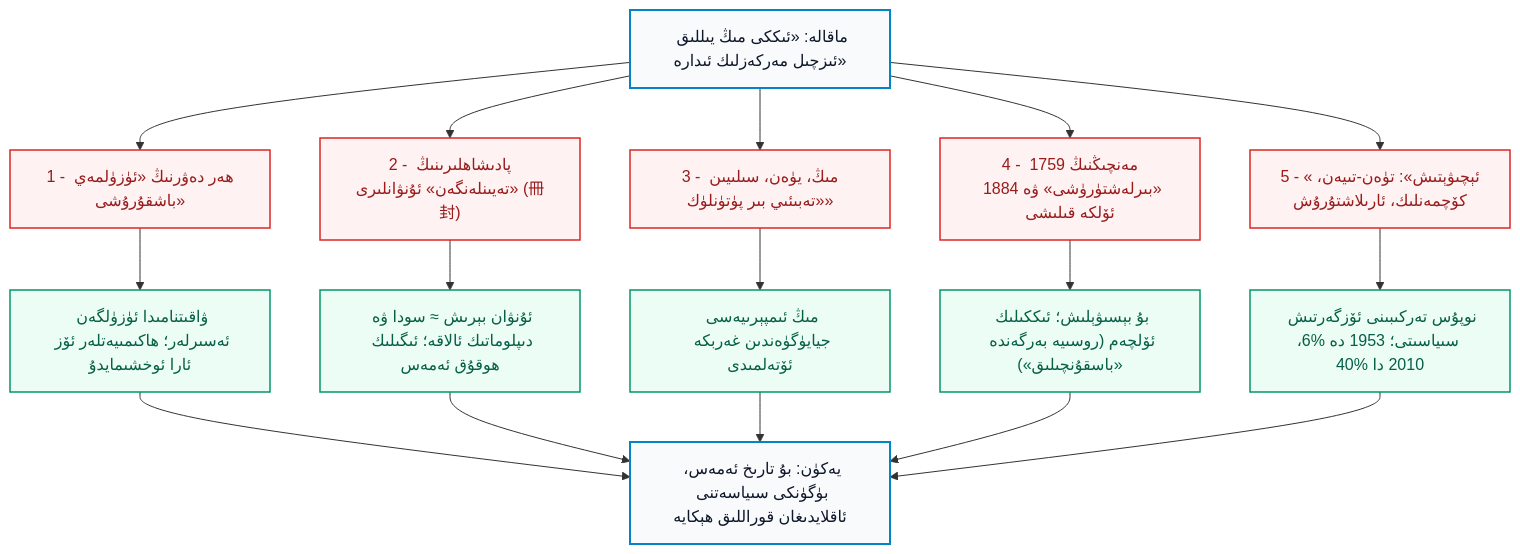
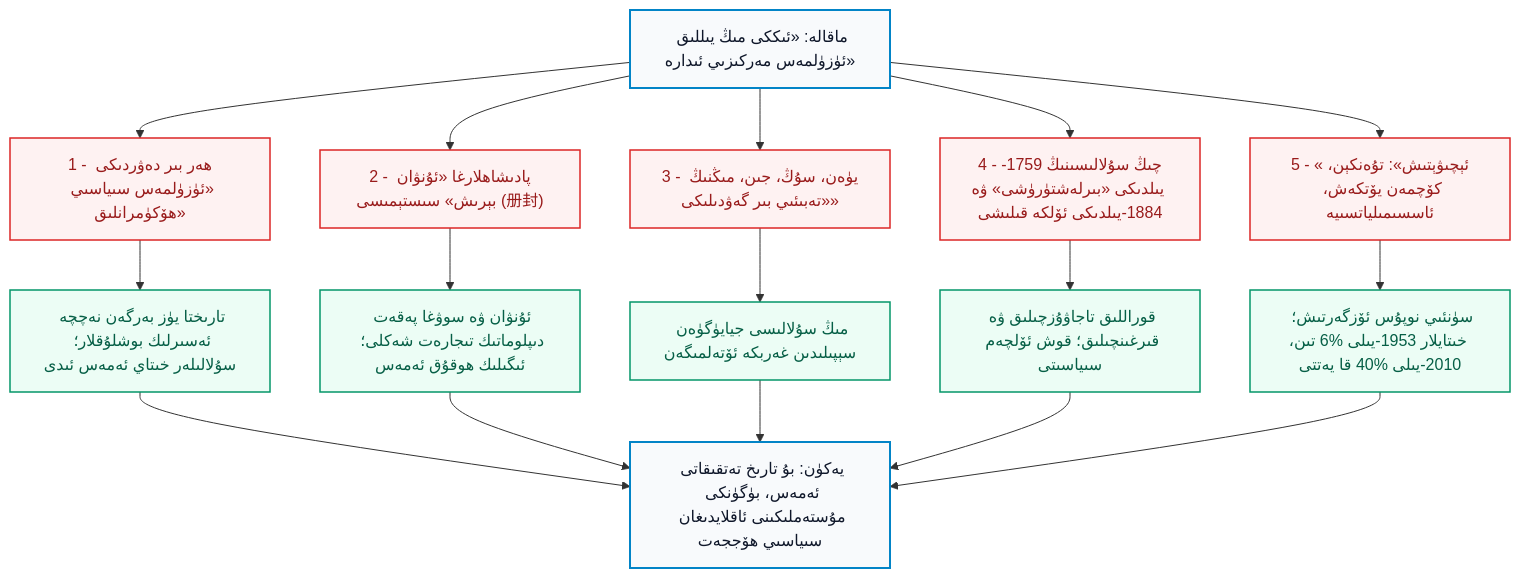
One commit to UyCoder/paydilar changed the first of 4 diagrams in _posts/2026-10-25-Xu-Jianying-Tarixiy-Tuzumi-Reddiye-Sherqiy-Turkistan.md. Above: the diagram before and after it, drawn with Mermaid. The commit also changed other lines of this file and 1 other file, not shown here.

````diff
--- a/_posts/2026-10-25-Xu-Jianying-Tarixiy-Tuzumi-Reddiye-Sherqiy-Turkistan.md
+++ b/_posts/2026-10-25-Xu-Jianying-Tarixiy-Tuzumi-Reddiye-Sherqiy-Turkistan.md
@@ -30,23 +32,23 @@
 ```mermaid
 flowchart TD
     classDef claim fill:#fef2f2,stroke:#dc2626,stroke-width:1.5px,color:#991b1b;
     classDef reply fill:#ecfdf5,stroke:#059669,stroke-width:1.5px,color:#065f46;
     classDef root fill:#f8fafc,stroke:#0284c7,stroke-width:2px,color:#0f172a;
 
-    R["ماقالە: «ئىككى مىڭ يىللىق ئىزچىل مەركەزلىك ئىدارە»"]:::root
-    R --> C1["1 - ھەر دەۋرنىڭ «ئۈزۈلمەي باشقۇرۇشى»"]:::claim
-    R --> C2["2 - پادىشاھلىرىنىڭ «تەيىنلەنگەن» ئۇنۋانلىرى (冊封)"]:::claim
-    R --> C3["3 - مىڭ، يۈەن، سىلىيىن «تەبىئىي بىر پۈتۈنلۈك»"]:::claim
-    R --> C4["4 - مەنچىڭنىڭ 1759 «بىرلەشتۈرۈشى» ۋە 1884 ئۆلكە قىلىشى"]:::claim
-    R --> C5["5 - «ئېچىۋېتىش»: تۈەن-تىيەن، كۆچمەنلىك، ئارىلاشتۇرۇش"]:::claim
-    C1 --> A1["ۋاقىتنامىدا ئۈزۈلگەن ئەسىرلەر؛ ھاكىمىيەتلەر ئۆز ئارا ئوخشىمايدۇ"]:::reply
-    C2 --> A2["ئۇنۋان بېرىش ≈ سودا ۋە دىپلوماتىك ئالاقە؛ ئىگىلىك ھوقۇق ئەمەس"]:::reply
-    C3 --> A3["مىڭ ئىمپېرىيەسى جيايۈگۈەندىن غەربكە ئۆتەلمىدى"]:::reply
-    C4 --> A4["بۇ بېسىۋېلىش؛ ئىككىلىك ئۆلچەم (روسىيە بەرگەندە «باسقۇنچىلىق»)"]:::reply
-    C5 --> A5["نوپۇس تەركىبىنى ئۆزگەرتىش سىياسىتى؛ 1953 دە %6، 2010 دا %40"]:::reply
-    A1 --> Z["يەكۈن: بۇ تارىخ ئەمەس، بۈگۈنكى سىياسەتنى ئاقلايدىغان قوراللىق ھېكايە"]:::root
+    R["ماقالە: «ئىككى مىڭ يىللىق ئۈزۈلمەس مەركىزىي ئىدارە»"]:::root
+    R --> C1["1 - ھەر بىر دەۋردىكى «ئۈزۈلمەس سىياسىي ھۆكۈمرانلىق»"]:::claim
+    R --> C2["2 - پادىشاھلارغا «ئۇنۋان بېرىش» سىستېمىسى (册封)"]:::claim
+    R --> C3["3 - يۈەن، سۇڭ، جىن، مىڭنىڭ «تەبىئىي بىر گەۋدىلىكى»"]:::claim
+    R --> C4["4 - چىڭ سۇلالىسىنىڭ 1759-يىلدىكى «بىرلەشتۈرۈشى» ۋە 1884-يىلدىكى ئۆلكە قىلىشى"]:::claim
+    R --> C5["5 - «ئېچىۋېتىش»: تۇەنكېن، كۆچمەن يۆتكەش، ئاسسىمىلياتسىيە"]:::claim
+    C1 --> A1["تارىختا يۈز بەرگەن نەچچە ئەسىرلىك بوشلۇقلار؛ سۇلالىلەر خىتاي ئەمەس ئىدى"]:::reply
+    C2 --> A2["ئۇنۋان ۋە سوۋغا پەقەت دىپلوماتىك تىجارەت شەكلى؛ ئىگىلىك ھوقۇق ئەمەس"]:::reply
+    C3 --> A3["مىڭ سۇلالىسى جيايۈگۈەن سېپىلىدىن غەربكە ئۆتەلمىگەن"]:::reply
+    C4 --> A4["قوراللىق تاجاۋۇزچىلىق ۋە قىرغىنچىلىق؛ قوش ئۆلچەم سىياسىتى"]:::reply
+    C5 --> A5["سۈنئىي نوپۇس ئۆزگەرتىش؛ خىتايلار 1953-يىلى %6 تىن، 2010-يىلى %40 قا يەتتى"]:::reply
+    A1 --> Z["يەكۈن: بۇ تارىخ تەتقىقاتى ئەمەس، بۈگۈنكى مۇستەملىكىنى ئاقلايدىغان سىياسىي ھۆججەت"]:::root
     A2 --> Z
     A3 --> Z
     A4 --> Z
     A5 --> Z
 ```
````
